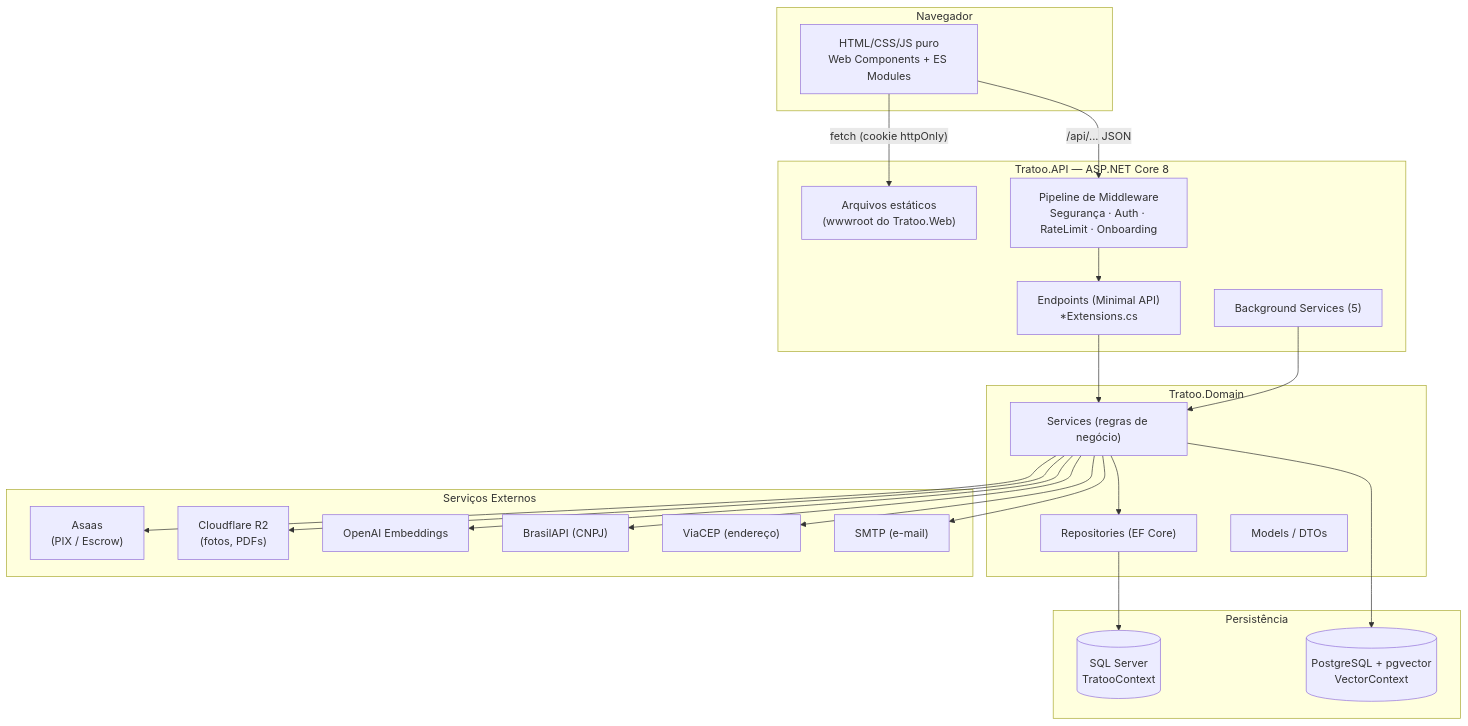
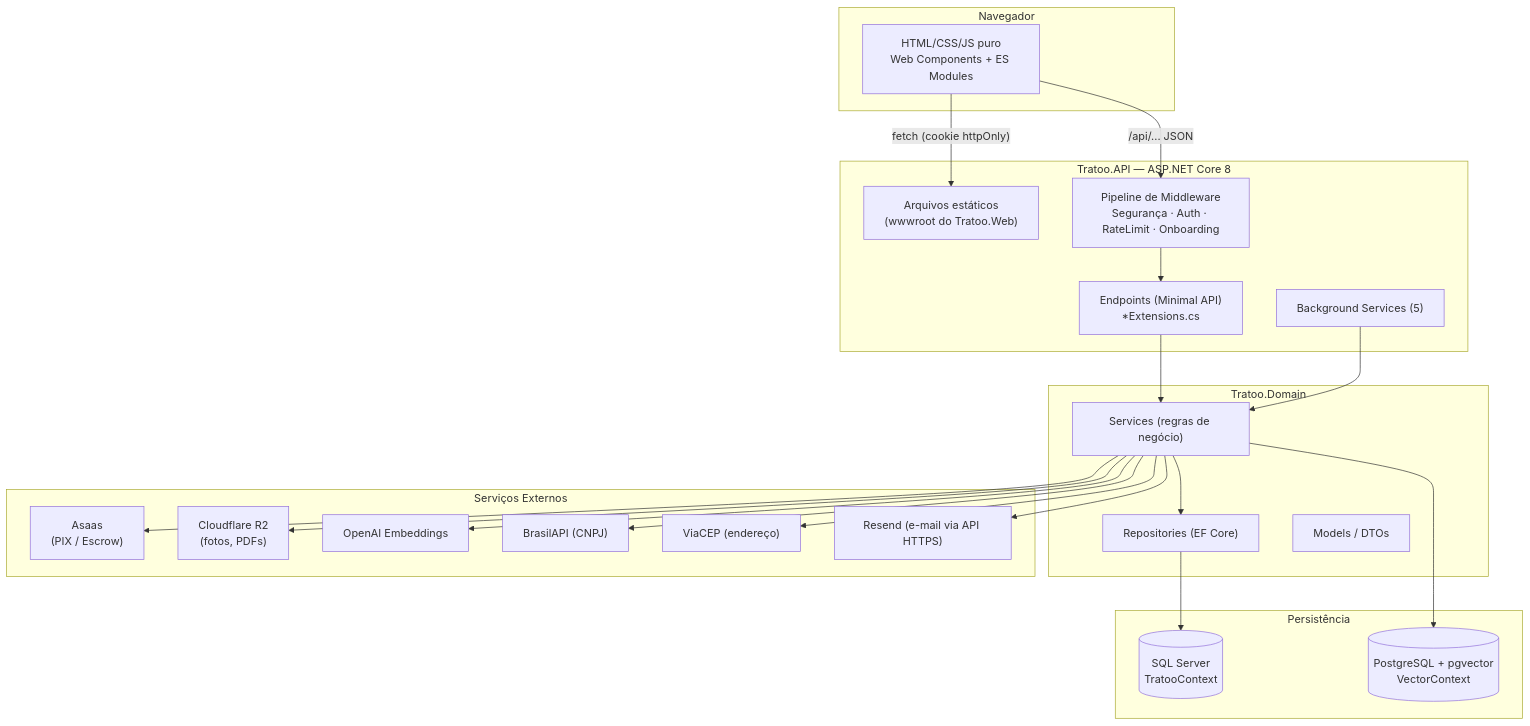
Before and after one commit to Gustavo-C-almeida/tratoo: the first of 7 diagrams in Docs/ARQUITETURA.md, drawn with Mermaid. The commit also changed 8 other files, not shown here.

First line of the commit message:
feat: migra serviço de e-mail para Resend

````diff
--- a/Docs/ARQUITETURA.md
+++ b/Docs/ARQUITETURA.md
@@ -39,48 +39,48 @@
 ```mermaid
 graph TD
     subgraph Cliente["Navegador"]
         UI["HTML/CSS/JS puro<br/>Web Components + ES Modules"]
     end
 
     subgraph Host["Tratoo.API — ASP.NET Core 8"]
         Static["Arquivos estáticos<br/>(wwwroot do Tratoo.Web)"]
         MW["Pipeline de Middleware<br/>Segurança · Auth · RateLimit · Onboarding"]
         EP["Endpoints (Minimal API)<br/>*Extensions.cs"]
         BG["Background Services (5)"]
     end
 
     subgraph Domain["Tratoo.Domain"]
         SVC["Services (regras de negócio)"]
         REPO["Repositories (EF Core)"]
         MODEL["Models / DTOs"]
     end
 
     subgraph Dados["Persistência"]
         SQL[("SQL Server<br/>TratooContext")]
         PG[("PostgreSQL + pgvector<br/>VectorContext")]
     end
 
     subgraph Externos["Serviços Externos"]
         ASAAS["Asaas<br/>(PIX / Escrow)"]
         R2["Cloudflare R2<br/>(fotos, PDFs)"]
         OPENAI["OpenAI Embeddings"]
         BRASIL["BrasilAPI (CNPJ)"]
         VIACEP["ViaCEP (endereço)"]
-        SMTP["SMTP (e-mail)"]
+        RESEND["Resend (e-mail via API HTTPS)"]
     end
 
     UI -->|"fetch (cookie httpOnly)"| Static
     UI -->|"/api/... JSON"| MW
     MW --> EP
     EP --> SVC
     SVC --> REPO
     REPO --> SQL
     SVC --> PG
     BG --> SVC
     SVC --> ASAAS
     SVC --> R2
     SVC --> OPENAI
     SVC --> BRASIL
     SVC --> VIACEP
-    SVC --> SMTP
+    SVC --> RESEND
 ```
````
